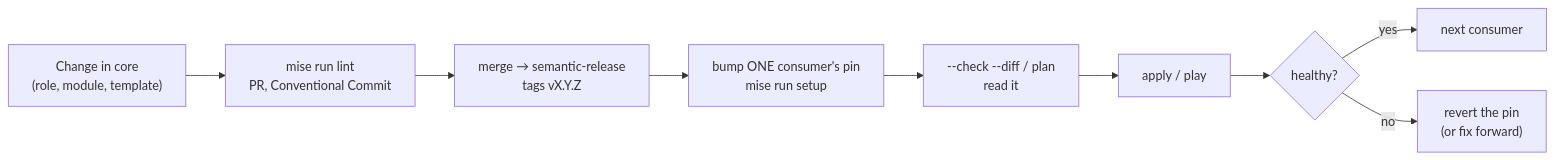
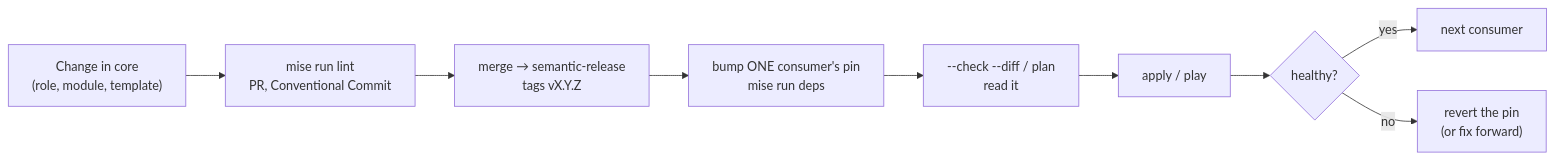
One commit to colac/homelab-proxmox changed the fourth of 5 diagrams in docs/ARCHITECTURE.md. Above: the diagram before and after it, drawn with Mermaid. The commit also changed other lines of this file and 11 other files, not shown here.

````diff
--- a/docs/ARCHITECTURE.md
+++ b/docs/ARCHITECTURE.md
@@ -149,11 +149,11 @@
 ```mermaid
 flowchart LR
   a["Change in core<br/>(role, module, template)"] --> b["mise run lint<br/>PR, Conventional Commit"]
   b --> c["merge → semantic-release<br/>tags vX.Y.Z"]
-  c --> d["bump ONE consumer's pin<br/>mise run setup"]
+  c --> d["bump ONE consumer's pin<br/>mise run deps"]
   d --> e["--check --diff / plan<br/>read it"]
   e --> f["apply / play"]
   f --> g{"healthy?"}
   g -- yes --> h["next consumer"]
   g -- no --> i["revert the pin<br/>(or fix forward)"]
 ```
````
